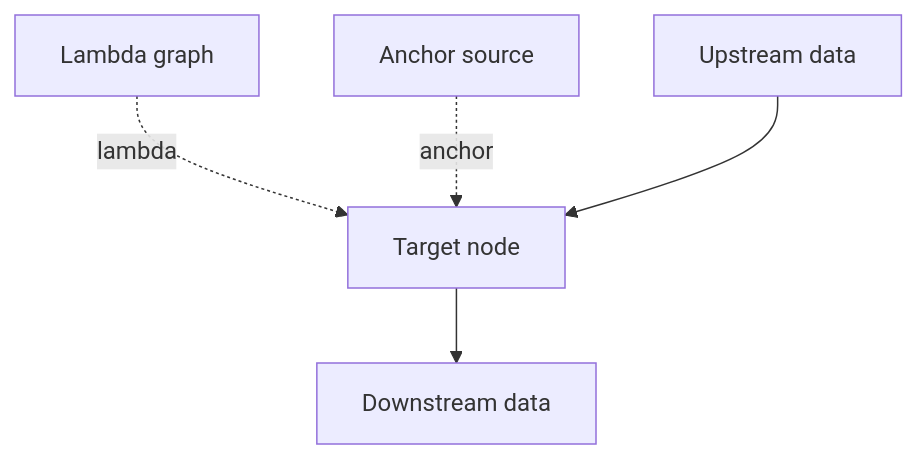
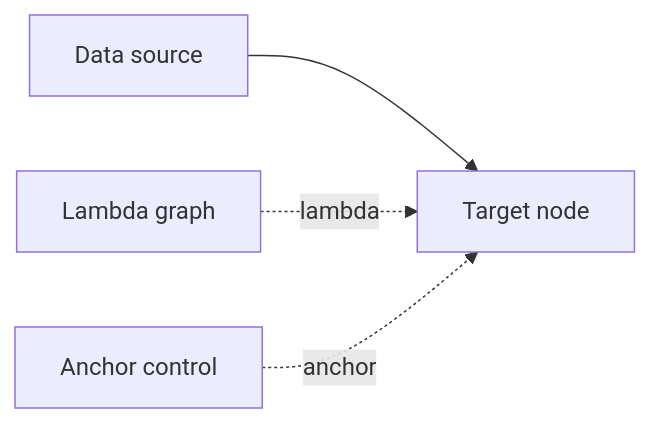
One commit to leafgon/leaf-docs changed the first of 2 diagrams in docs/core-concepts/edges.md. Above: the diagram before and after it, drawn with Mermaid. The commit also changed other lines of this file and 41 other files, not shown here.

````diff
--- a/docs/core-concepts/edges.md
+++ b/docs/core-concepts/edges.md
@@ -13,6 +13,6 @@
 ```mermaid
-flowchart TB
-  L[Lambda graph] -. lambda .-> N[Target node]
-  A[Anchor source] -. anchor .-> N
-  I[Upstream data] --> N --> O[Downstream data]
+flowchart LR
+  I[Data source] --> N[Target node]
+  L[Lambda graph] -. lambda .-> N
+  A[Anchor control] -. anchor .-> N
 ```
````
